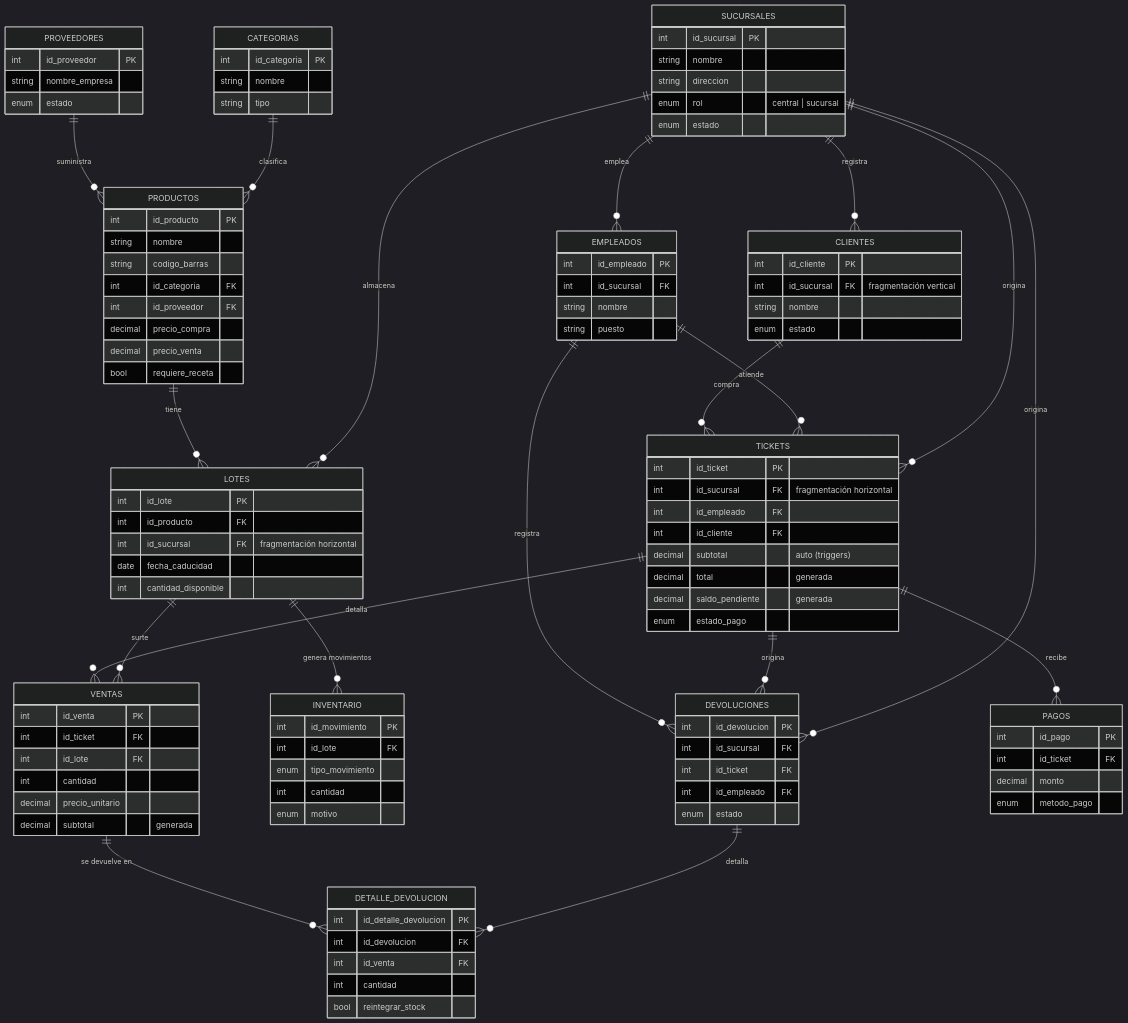
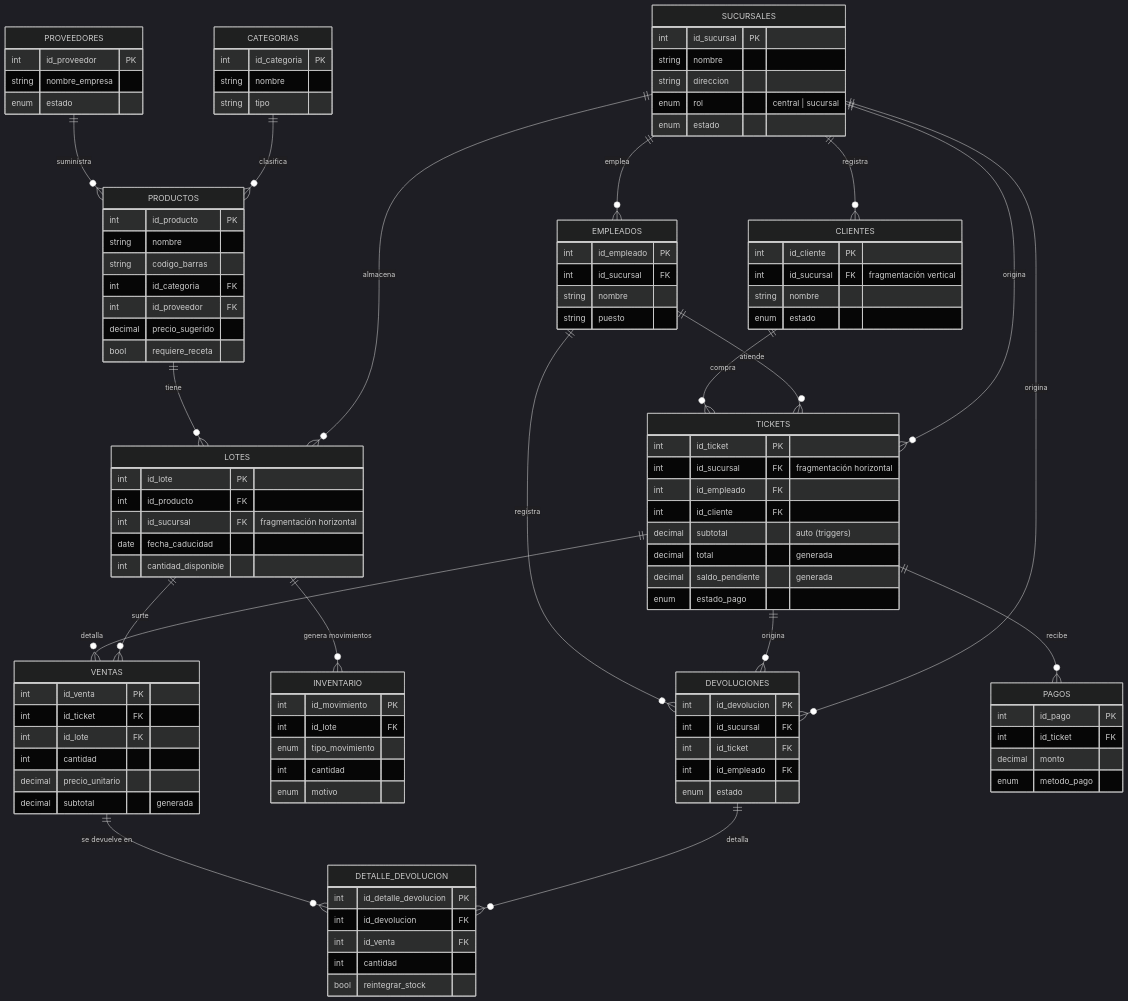
One commit to LXorro/Farmacia-PDV changed the diagram in docs/diagrama_er.md. Above: the diagram before and after it, drawn with Mermaid (dark theme). The commit also changed 35 other files, not shown here.

```diff
--- a/docs/diagrama_er.md
+++ b/docs/diagrama_er.md
@@ -50,8 +50,7 @@
         string codigo_barras
         int id_categoria FK
         int id_proveedor FK
-        decimal precio_compra
-        decimal precio_venta
+        decimal precio_sugerido
         bool requiere_receta
     }
     CLIENTES {
```
